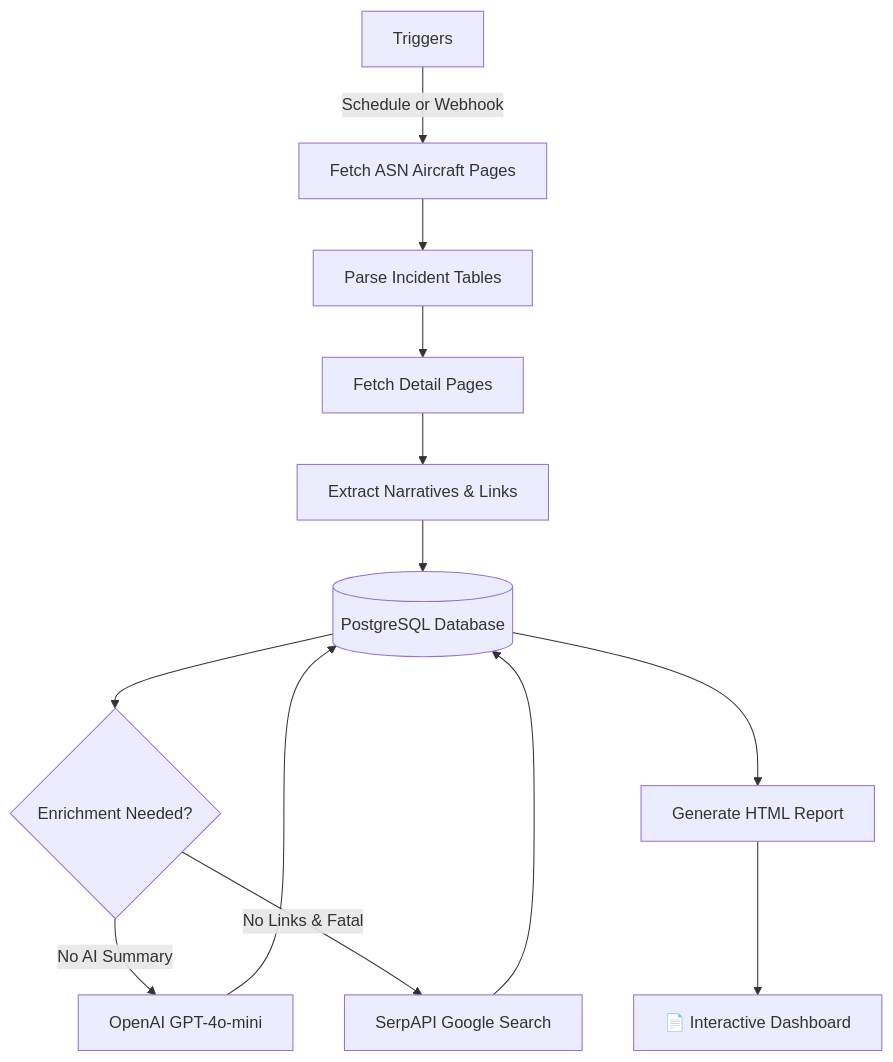
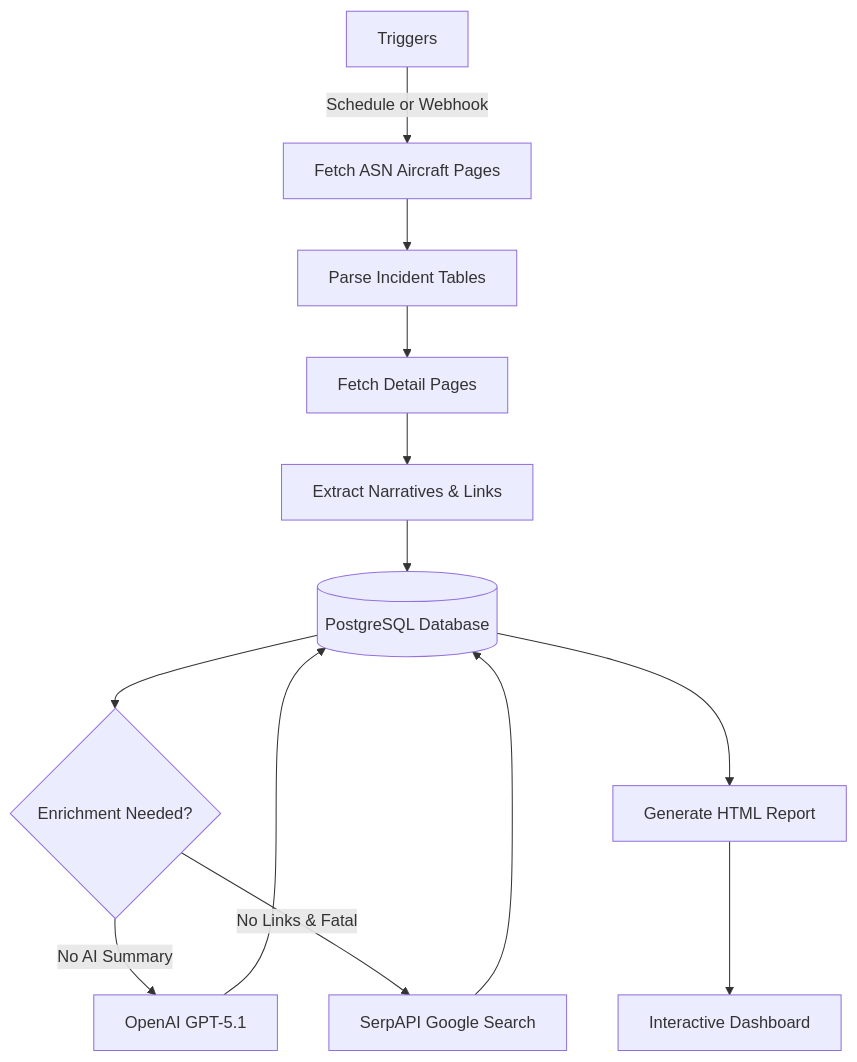
One commit to rjsears/aircraft_accident_tracker changed the diagram in README.md. Above: the diagram before and after it, drawn with Mermaid. The commit also changed other lines of this file, not shown here.

````diff
--- a/README.md
+++ b/README.md
@@ -67,15 +71,15 @@
 ```mermaid
 graph TD
     A[Triggers] -->|Schedule or Webhook| B[Fetch ASN Aircraft Pages]
     B --> C[Parse Incident Tables]
     C --> D[Fetch Detail Pages]
     D --> E[Extract Narratives & Links]
     E --> F[(PostgreSQL Database)]
     F --> G{Enrichment Needed?}
-    G -->|No AI Summary| H[OpenAI GPT-4o-mini]
+    G -->|No AI Summary| H[OpenAI GPT-5.1]
     G -->|No Links & Fatal| I[SerpAPI Google Search]
     H --> F
     I --> F
     F --> J[Generate HTML Report]
-    J --> K[📄 Interactive Dashboard]
+    J --> K[Interactive Dashboard]
 ```
````
